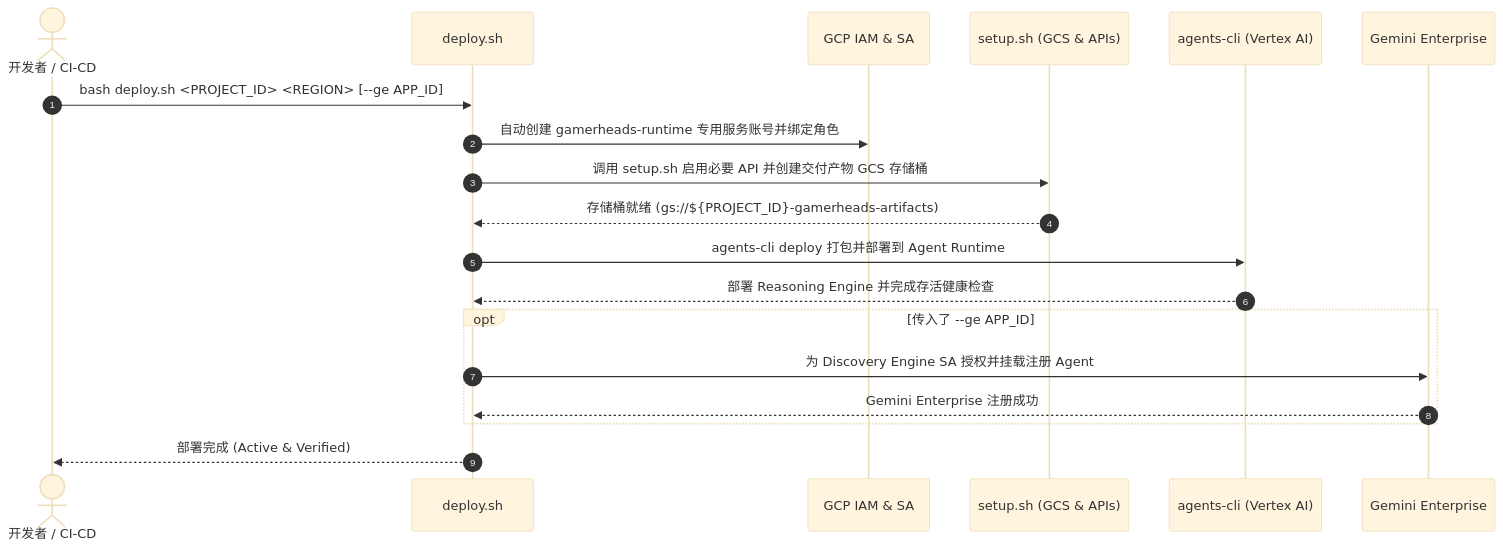
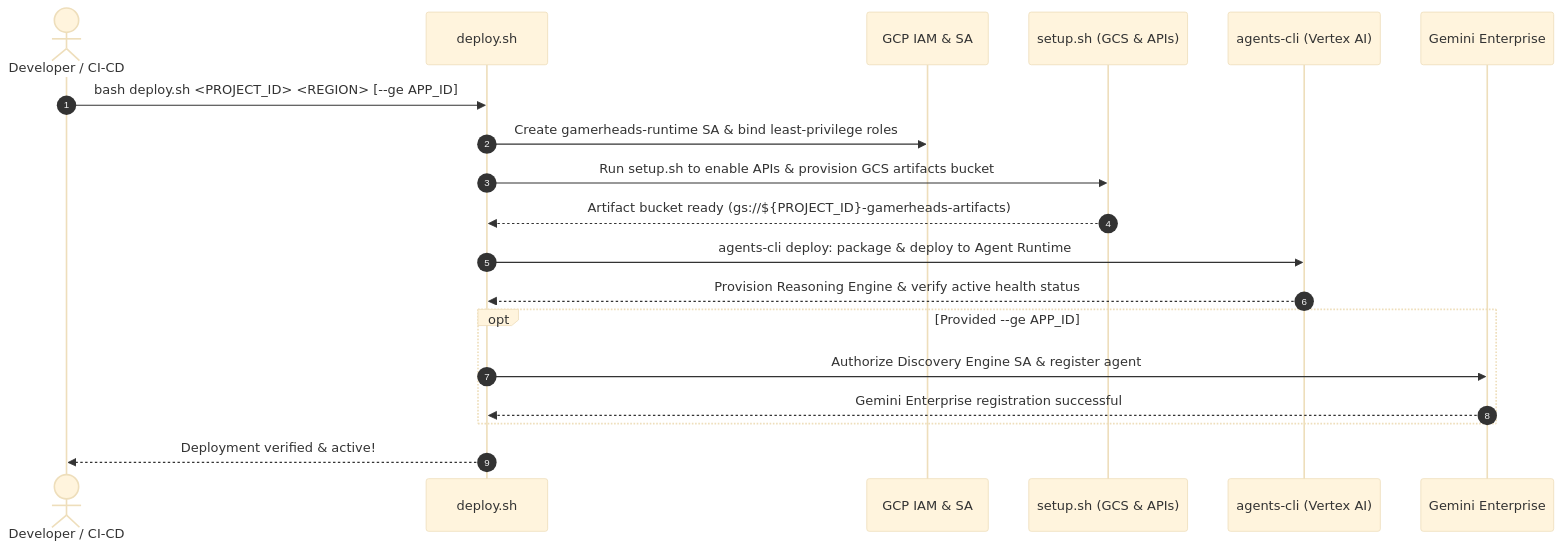
The first of 2 diagrams in README.md (zgz-google/gamerheads-agent), drawn with Mermaid (base theme) before and after one commit. The commit also changed other lines of this file, not shown here.

Commit message:
docs: translate README to English with prominent deploy.sh guide

````diff
--- a/README.md
+++ b/README.md
@@ -83,22 +83,22 @@
 ```mermaid
 sequenceDiagram
     autonumber
-    actor Dev as 开发者 / CI-CD
+    actor Dev as Developer / CI-CD
     participant Script as deploy.sh
     participant IAM as GCP IAM & SA
     participant Setup as setup.sh (GCS & APIs)
     participant CLI as agents-cli (Vertex AI)
     participant GE as Gemini Enterprise
 
     Dev->>Script: bash deploy.sh <PROJECT_ID> <REGION> [--ge APP_ID]
-    Script->>IAM: 自动创建 gamerheads-runtime 专用服务账号并绑定角色
-    Script->>Setup: 调用 setup.sh 启用必要 API 并创建交付产物 GCS 存储桶
-    Setup-->>Script: 存储桶就绪 (gs://${PROJECT_ID}-gamerheads-artifacts)
-    Script->>CLI: agents-cli deploy 打包并部署到 Agent Runtime
-    CLI-->>Script: 部署 Reasoning Engine 并完成存活健康检查
-    opt 传入了 --ge APP_ID
-        Script->>GE: 为 Discovery Engine SA 授权并挂载注册 Agent
-        GE-->>Script: Gemini Enterprise 注册成功
+    Script->>IAM: Create gamerheads-runtime SA & bind least-privilege roles
+    Script->>Setup: Run setup.sh to enable APIs & provision GCS artifacts bucket
+    Setup-->>Script: Artifact bucket ready (gs://${PROJECT_ID}-gamerheads-artifacts)
+    Script->>CLI: agents-cli deploy: package & deploy to Agent Runtime
+    CLI-->>Script: Provision Reasoning Engine & verify active health status
+    opt Provided --ge APP_ID
+        Script->>GE: Authorize Discovery Engine SA & register agent
+        GE-->>Script: Gemini Enterprise registration successful
     end
-    Script-->>Dev: 部署完成 (Active & Verified)
+    Script-->>Dev: Deployment verified & active!
 ```
````
